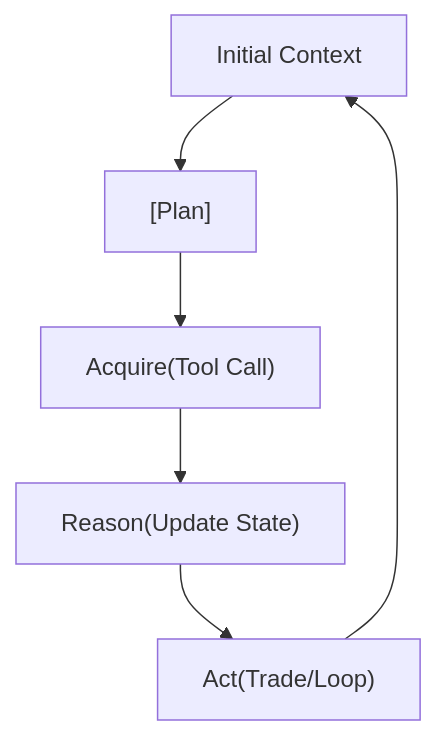
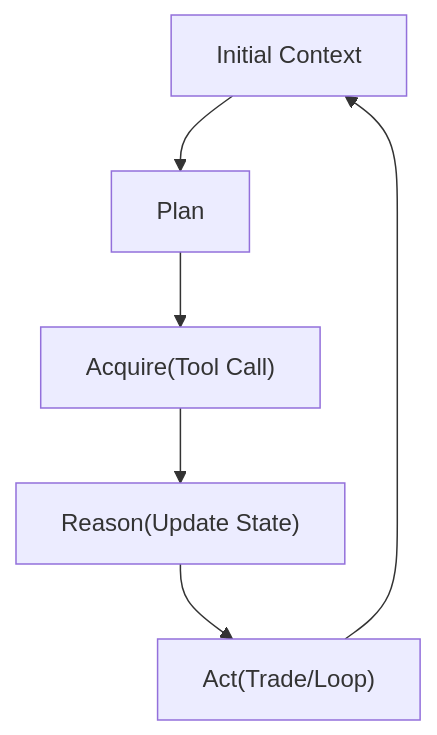
The diagram in foundations/reinforcement-learning/alphaquanter.md (sou350121/Trading-Handbook), drawn with Mermaid before and after one commit. The commit also changed 191 other files, not shown here.

First line of the commit message:
render: fix math + mermaid for GitHub across the corpus (188 pages)

````diff
--- a/foundations/reinforcement-learning/alphaquanter.md
+++ b/foundations/reinforcement-learning/alphaquanter.md
@@ -33,8 +33,8 @@
 ```mermaid
 flowchart TD
-    A["Initial Context"] --> B["[Plan]"]
-    B["[Plan]"] --> C["Acquire(Tool Call)"]
+    A["Initial Context"] --> B["Plan"]
+    B["Plan"] --> C["Acquire(Tool Call)"]
     C["Acquire(Tool Call)"] --> D["Reason(Update State)"]
     D["Reason(Update State)"] --> E["Act(Trade/Loop)"]
     E["Act(Trade/Loop)"] --> A["Initial Context"]
 ```
````
